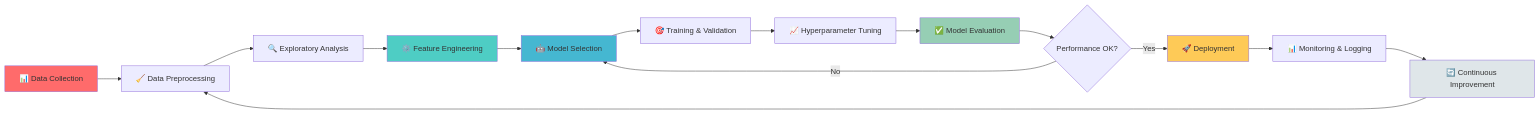
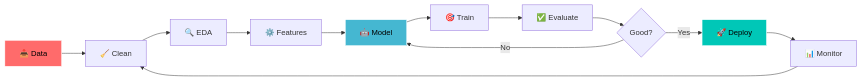
The diagram in README.md (tarunmehrda/tarunmehrda), drawn with Mermaid before and after one commit. The commit also changed other lines of this file, not shown here.

````diff
--- a/README.md
+++ b/README.md
@@ -617,45 +215,17 @@
 ```mermaid
-
 graph LR
-
-    A[📊 Data Collection] --> B[🧹 Data Preprocessing]
-
-    B --> C[🔍 Exploratory Analysis]
-
-    C --> D[⚙️ Feature Engineering]
-
-    D --> E[🤖 Model Selection]
-
-    E --> F[🎯 Training & Validation]
-
-    F --> G[📈 Hyperparameter Tuning]
-
-    G --> H[✅ Model Evaluation]
-
-    H --> I{Performance OK?}
-
-    I -->|No| E
-
-    I -->|Yes| J[🚀 Deployment]
-
-    J --> K[📊 Monitoring & Logging]
-
-    K --> L[🔄 Continuous Improvement]
-
-    L --> B
-
-    
-
-    style A fill:#FF6B6B
-
-    style D fill:#4ECDC4
-
-    style E fill:#45B7D1
-
-    style H fill:#96CEB4
-
-    style J fill:#FECA57
-
-    style L fill:#DFE6E9
-
+    A[📥 Data] --> B[🧹 Clean]
+    B --> C[🔍 EDA]
+    C --> D[⚙️ Features]
+    D --> E[🤖 Model]
+    E --> F[🎯 Train]
+    F --> G[✅ Evaluate]
+    G --> H{Good?}
+    H -->|No| E
+    H -->|Yes| I[🚀 Deploy]
+    I --> J[📊 Monitor]
+    J --> B
+    style A fill:#FF6B6B,stroke:#fff,color:#000
+    style E fill:#45B7D1,stroke:#fff,color:#000
+    style I fill:#00C7B7,stroke:#fff,color:#000
 ```
````
